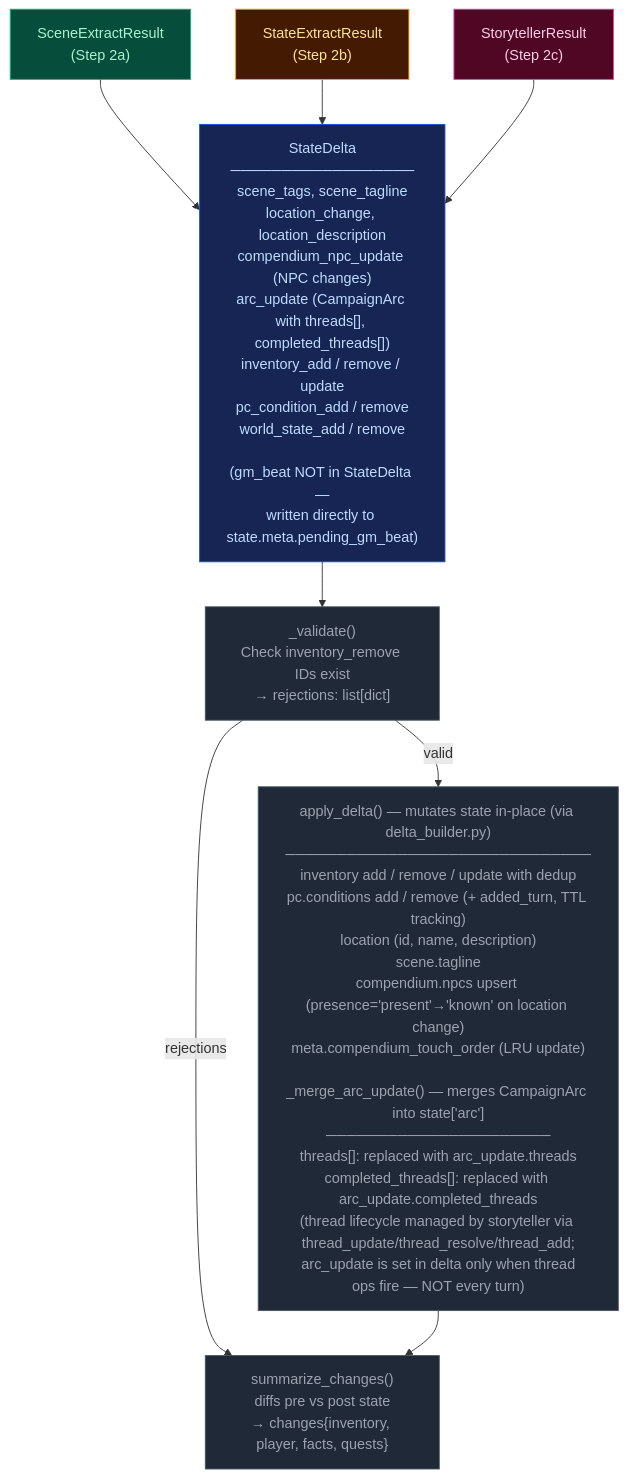
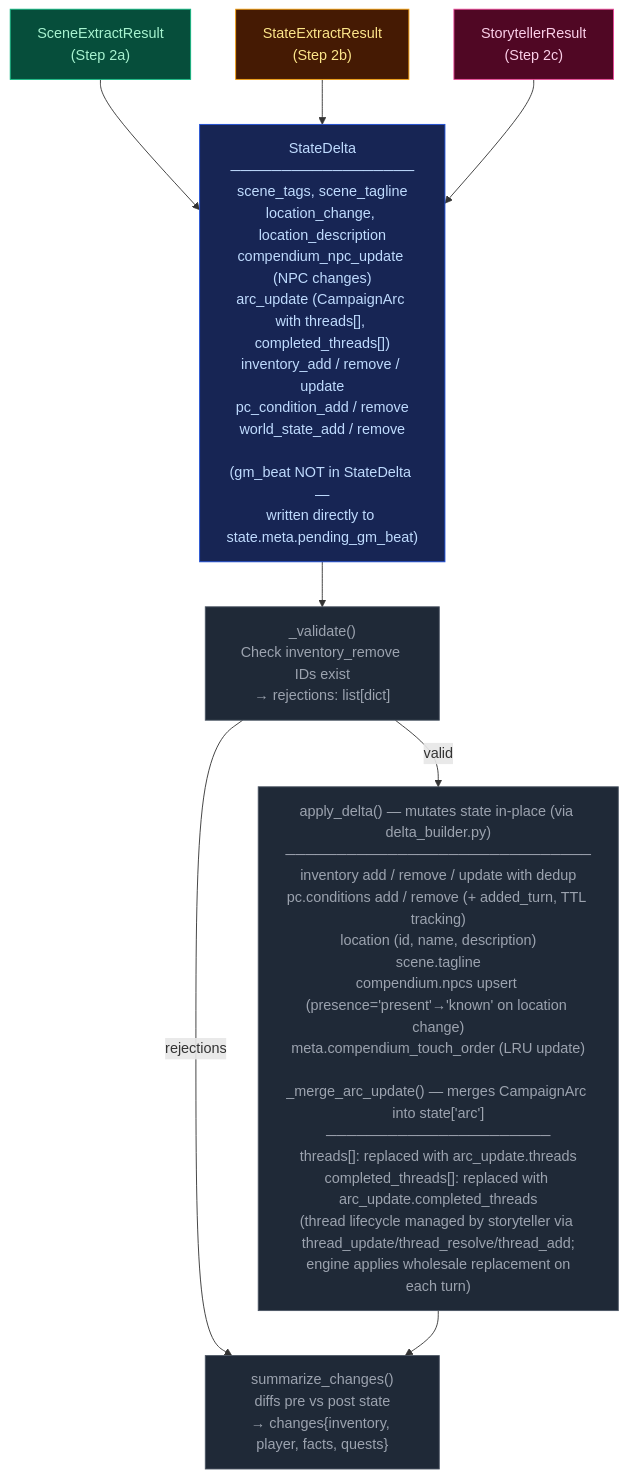
One commit to pww217/fablethread changed the diagram in docs/architecture/delta-validate.md. Above: the diagram before and after it, drawn with Mermaid. The commit also changed 6 other files, not shown here.

````diff
--- a/docs/architecture/delta-validate.md
+++ b/docs/architecture/delta-validate.md
@@ -7,28 +7,28 @@
 ```mermaid
 flowchart TD
     classDef stageScene    fill:#064e3b,color:#a7f3d0,stroke:#10b981
     classDef stageState    fill:#451a03,color:#fde68a,stroke:#f59e0b
     classDef stageProgress fill:#500724,color:#fbcfe8,stroke:#ec4899
     classDef pyNode        fill:#1f2937,color:#9ca3af,stroke:#4b5563
     classDef mergeNode     fill:#172554,color:#bfdbfe,stroke:#1d4ed8
 
     SR1["SceneExtractResult<br>(Step 2a)"]:::stageScene
     SR2["StateExtractResult<br>(Step 2b)"]:::stageState
     SR3["StorytellerResult<br>(Step 2c)"]:::stageProgress
 
     MERGE["StateDelta<br>──────────────────<br>scene_tags, scene_tagline<br>location_change, location_description<br>compendium_npc_update (NPC changes)<br>arc_update (CampaignArc with threads[], completed_threads[])<br>inventory_add / remove / update<br>pc_condition_add / remove<br>world_state_add / remove<br><br>(gm_beat NOT in StateDelta —<br>written directly to state.meta.pending_gm_beat)"]:::mergeNode
 
     VALIDATE["_validate()<br>Check inventory_remove IDs exist<br>→ rejections: list[dict]"]:::pyNode
 
-    APPLY["apply_delta() — mutates state in-place (via delta_builder.py)<br>──────────────────────────────<br>inventory add / remove / update with dedup<br>pc.conditions add / remove (+ added_turn, TTL tracking)<br>location (id, name, description)<br>scene.tagline<br>compendium.npcs upsert (presence='present'→'known' on location change)<br>meta.compendium_touch_order (LRU update)<br><br>_merge_arc_update() — merges CampaignArc into state['arc']<br>──────────────────────<br>threads[]: replaced with arc_update.threads<br>completed_threads[]: replaced with arc_update.completed_threads<br>(thread lifecycle managed by storyteller via thread_update/thread_resolve/thread_add;<br> arc_update is set in delta only when thread ops fire — NOT every turn)"]:::pyNode
+    APPLY["apply_delta() — mutates state in-place (via delta_builder.py)<br>──────────────────────────────<br>inventory add / remove / update with dedup<br>pc.conditions add / remove (+ added_turn, TTL tracking)<br>location (id, name, description)<br>scene.tagline<br>compendium.npcs upsert (presence='present'→'known' on location change)<br>meta.compendium_touch_order (LRU update)<br><br>_merge_arc_update() — merges CampaignArc into state['arc']<br>──────────────────────<br>threads[]: replaced with arc_update.threads<br>completed_threads[]: replaced with arc_update.completed_threads<br>(thread lifecycle managed by storyteller via thread_update/thread_resolve/thread_add;<br> engine applies wholesale replacement on each turn)"]:::pyNode
 
     DIFF["summarize_changes()<br>diffs pre vs post state<br>→ changes{inventory, player, facts, quests}"]:::pyNode
 
     SR1 --> MERGE
     SR2 --> MERGE
     SR3 --> MERGE
     MERGE --> VALIDATE
     VALIDATE -- "valid" --> APPLY
     VALIDATE -- "rejections" --> DIFF
     APPLY --> DIFF
 ```
````
